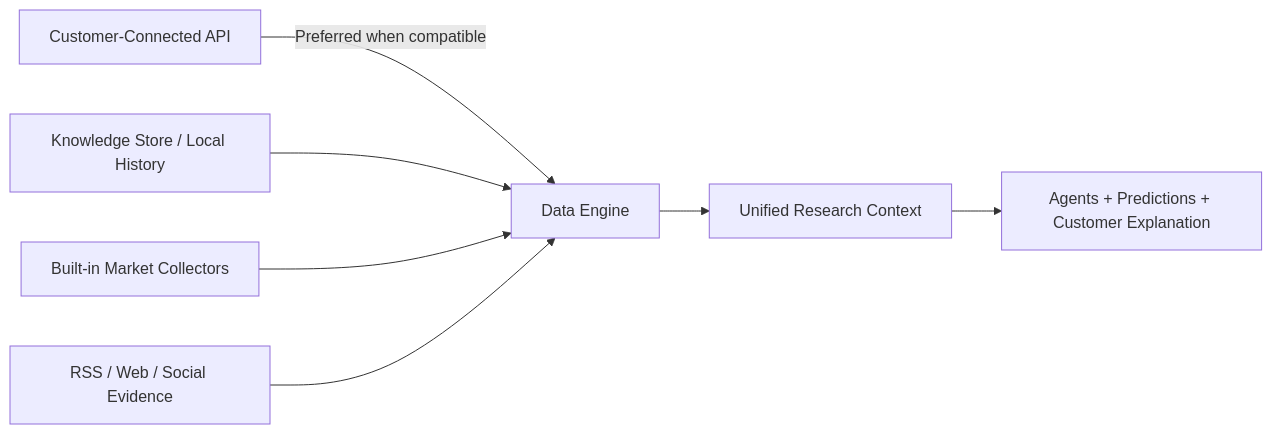
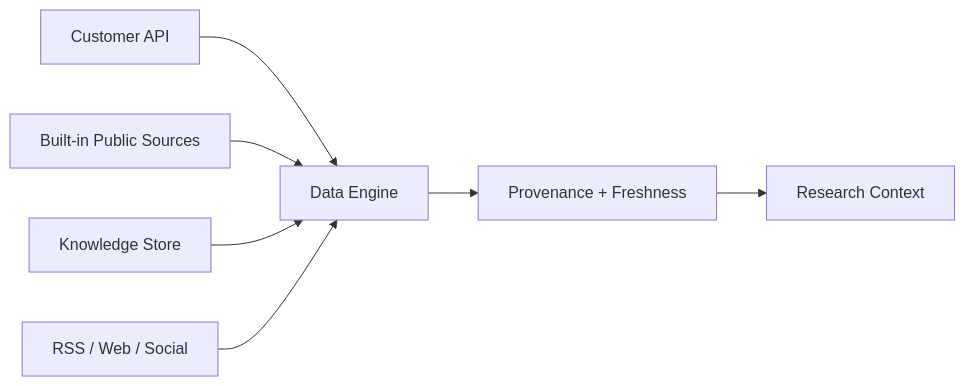
The second of 2 diagrams in README.md (logeshv586-code/AITradra), drawn with Mermaid before and after one commit. The commit also changed other lines of this file, not shown here.

````diff
--- a/README.md
+++ b/README.md
@@ -199,9 +191,9 @@
 ```mermaid
 flowchart LR
-    A[Customer-Connected API] -->|Preferred when compatible| B[Data Engine]
-    C[Knowledge Store / Local History] --> B
-    D[Built-in Market Collectors] --> B
-    E[RSS / Web / Social Evidence] --> B
-    B --> F[Unified Research Context]
-    F --> G[Agents + Predictions + Customer Explanation]
+    A[Customer API] --> E[Data Engine]
+    B[Built-in Public Sources] --> E
+    C[Knowledge Store] --> E
+    D[RSS / Web / Social] --> E
+    E --> F[Provenance + Freshness]
+    F --> G[Research Context]
 ```
````
